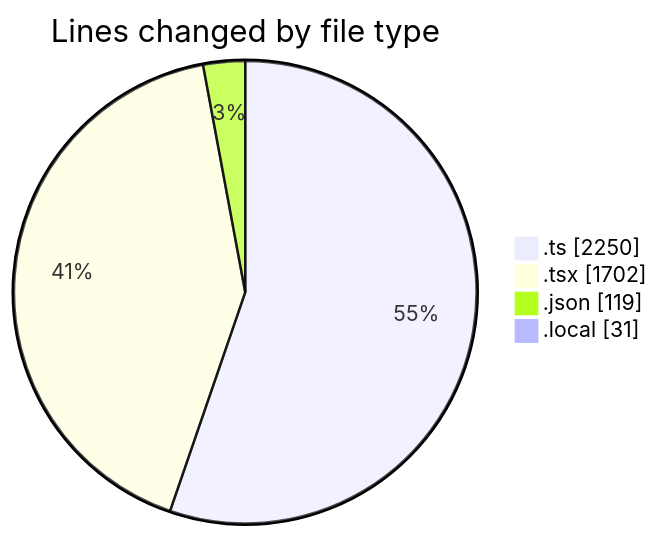
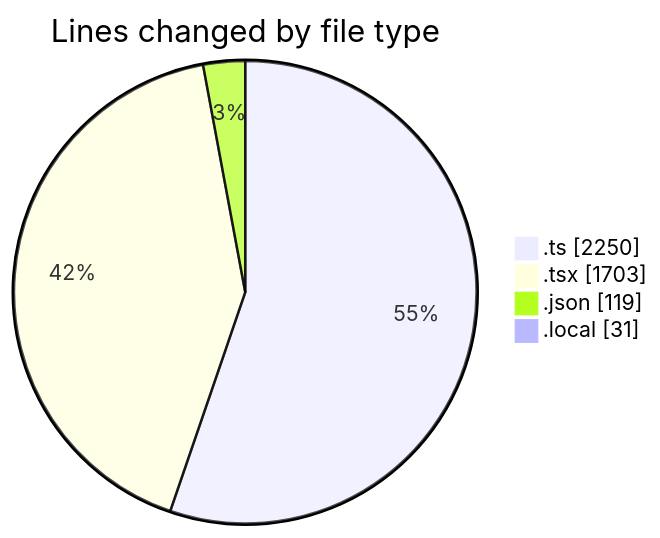
The first of 2 diagrams in 2025-11-10/eventscop-frontend-guide__workspace_/README.md (julien-gomy/code-tracking), drawn with Mermaid before and after one commit. The commit also changed other lines of this file and 1 other file, not shown here.

````diff
--- a/2025-11-10/eventscop-frontend-guide__workspace_/README.md
+++ b/2025-11-10/eventscop-frontend-guide__workspace_/README.md
@@ -48,8 +48,8 @@
 ```mermaid
 pie showData
 title Lines changed by file type
 ".ts" : 2250
-".tsx" : 1702
+".tsx" : 1703
 ".json" : 119
 ".local" : 31
 ```
````
